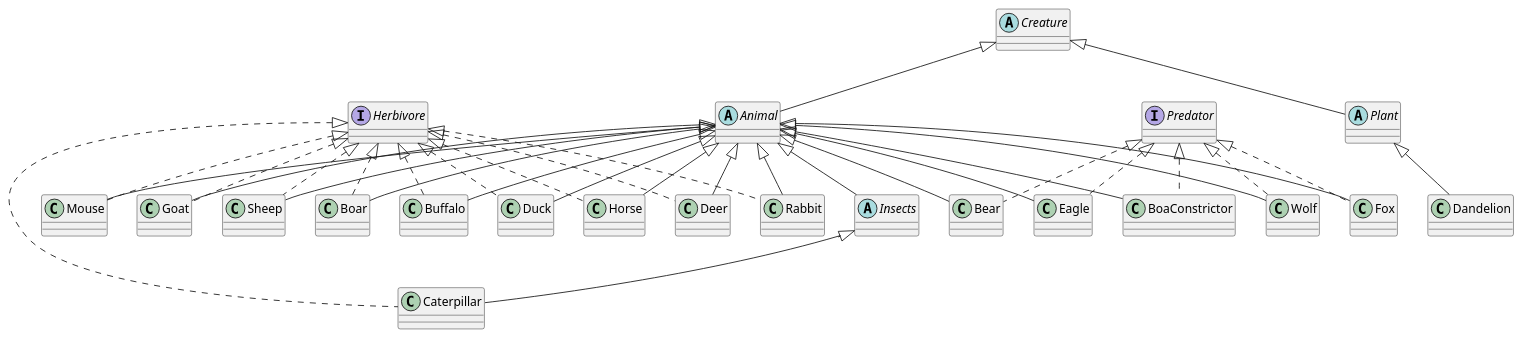
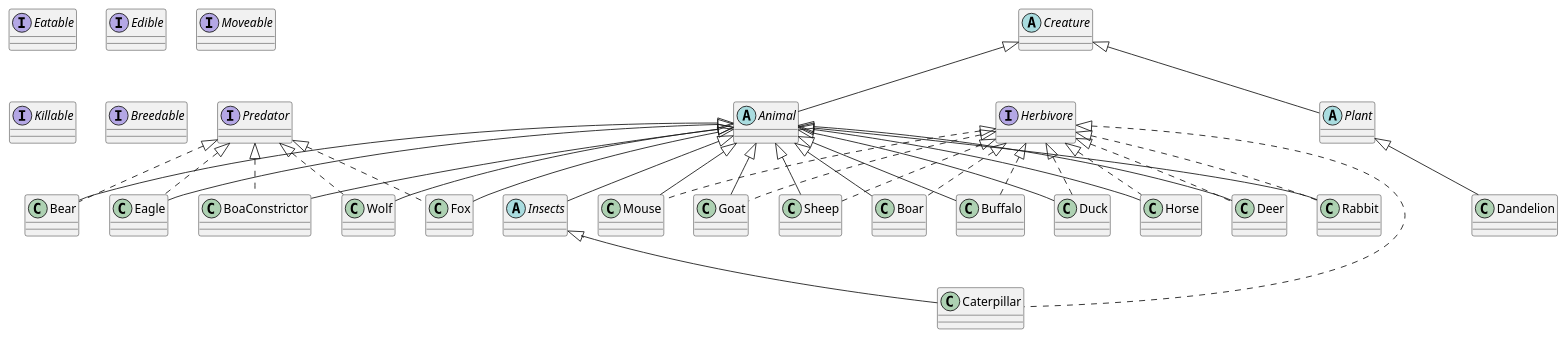
One commit to Darfresor/javarush_island changed the diagram in island/src/main/resources/ModelEntityUML.puml. Above: the diagram before and after it, drawn with PlantUML. The commit also changed 1 other file, not shown here.

Commit message:
UML расширен интерфейсами для поведения животных

```diff
--- a/island/src/main/resources/ModelEntityUML.puml
+++ b/island/src/main/resources/ModelEntityUML.puml
@@ -1,50 +1,57 @@
 @startuml
 interface Predator
 interface Herbivore
 abstract class Сreature
 abstract class Animal
 abstract class Plant
 abstract class Insects
+
+interface Eatable
+interface Edible
+interface Moveable
+interface Killable
+interface Breedable
+
 
 Сreature<|-- Animal
 Animal<|-- Insects
 Сreature<|-- Plant
 
 Plant<|-- Dandelion
 Insects<|-- Caterpillar
 
 Animal<|-- Wolf
 Animal<|-- Fox
 Animal<|-- Bear
 Animal<|-- Eagle
 Animal<|-- BoaConstrictor
 
 Animal<|-- Horse
 Animal<|-- Deer
 Animal<|-- Rabbit
 Animal<|-- Mouse
 Animal<|-- Goat
 Animal<|-- Sheep
 Animal<|-- Boar
 Animal<|-- Buffalo
 Animal<|-- Duck
 
 Predator<|.. Wolf
 Predator<|.. Fox
 Predator<|.. Bear
 Predator<|.. Eagle
 Predator<|.. BoaConstrictor
 
 
 Herbivore<|.. Horse
 Herbivore<|.. Deer
 Herbivore<|.. Rabbit
 Herbivore<|..  Mouse
 Herbivore<|..  Goat
 Herbivore<|.. Sheep
 Herbivore<|.. Boar
 Herbivore<|.. Buffalo
 Herbivore<|.. Duck
 Herbivore<|.. Caterpillar
 
 @enduml
```
